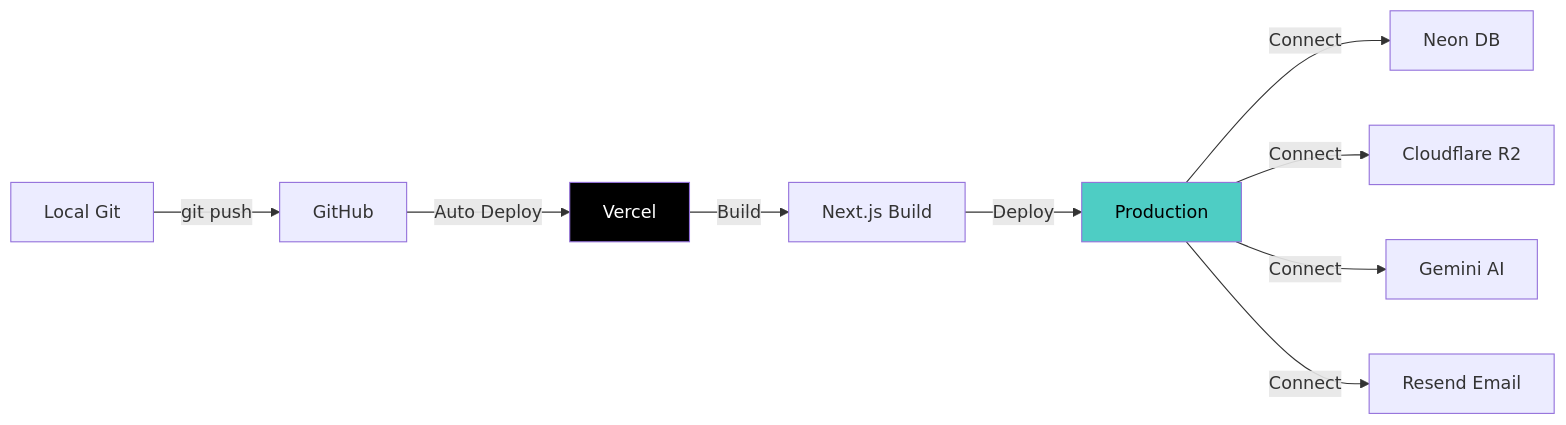
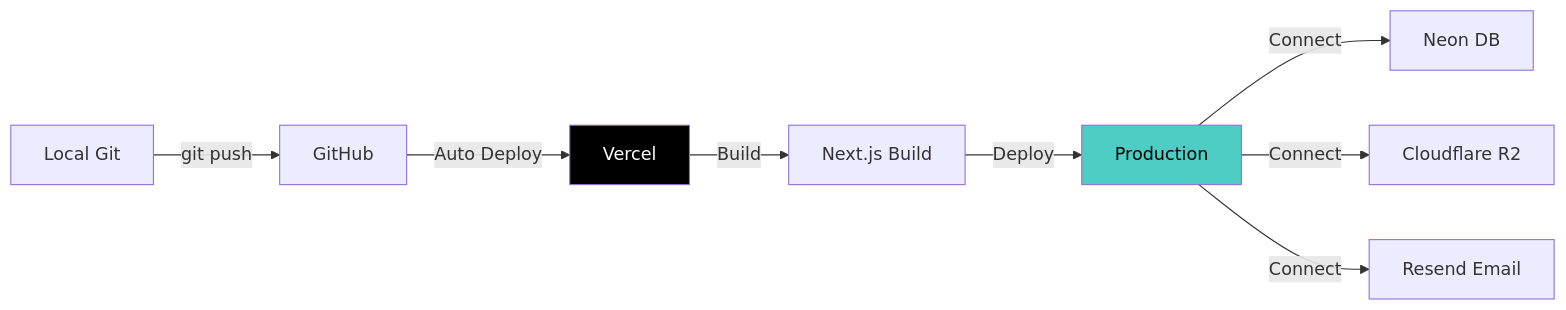
The tenth of 10 diagrams in docs/README.md (GameHelix/jetpack_joyride), drawn with Mermaid before and after one commit. The commit also changed other lines of this file and 15 other files, not shown here.

````diff
--- a/docs/README.md
+++ b/docs/README.md
@@ -984,14 +941,13 @@
 ```mermaid
 graph LR
     A[Local Git] -->|git push| B[GitHub]
     B -->|Auto Deploy| C[Vercel]
     C -->|Build| D[Next.js Build]
     D -->|Deploy| E[Production]
     E -->|Connect| F[Neon DB]
     E -->|Connect| G[Cloudflare R2]
-    E -->|Connect| H[Gemini AI]
     E -->|Connect| I[Resend Email]
 
     style C fill:#000000,color:#ffffff
     style E fill:#4ECDC4,color:#000000
 ```
````
